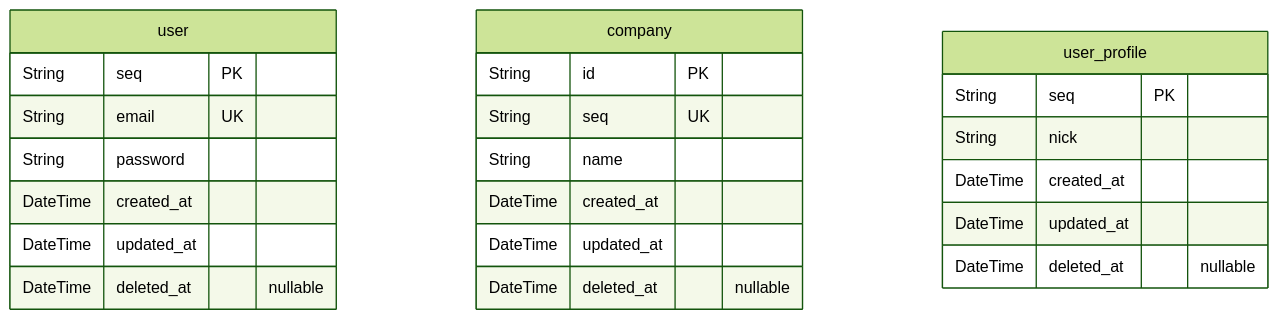
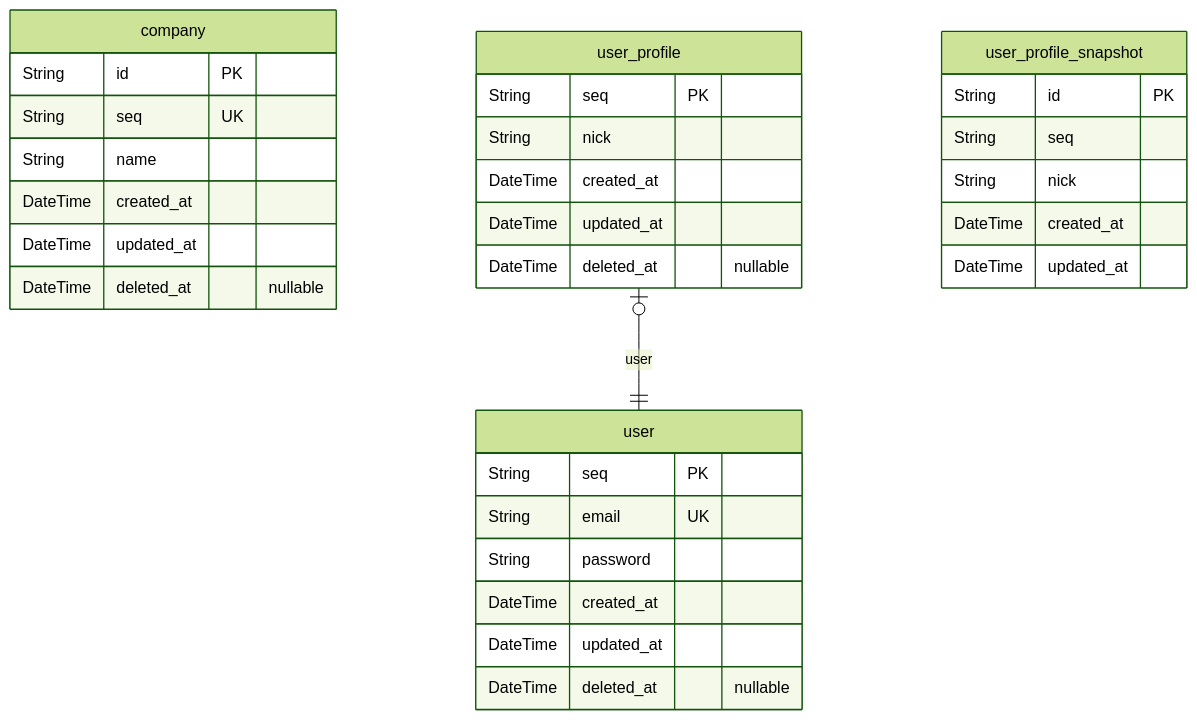
One commit to windofwind/cback changed the diagram in document/ERD.md. Above: the diagram before and after it, drawn with Mermaid (forest theme). The commit also changed other lines of this file and 10 other files, not shown here.

````diff
--- a/document/ERD.md
+++ b/document/ERD.md
@@ -7,26 +7,34 @@
 ```mermaid
 erDiagram
 "user" {
   String seq PK
   String email UK
   String password
   DateTime created_at
   DateTime updated_at
   DateTime deleted_at "nullable"
 }
 "company" {
   String id PK
   String seq UK
   String name
   DateTime created_at
   DateTime updated_at
   DateTime deleted_at "nullable"
 }
 "user_profile" {
   String seq PK
   String nick
   DateTime created_at
   DateTime updated_at
   DateTime deleted_at "nullable"
 }
+"user_profile_snapshot" {
+  String id PK
+  String seq
+  String nick
+  DateTime created_at
+  DateTime updated_at
+}
+"user_profile" |o--|| "user" : user
 ```
````
